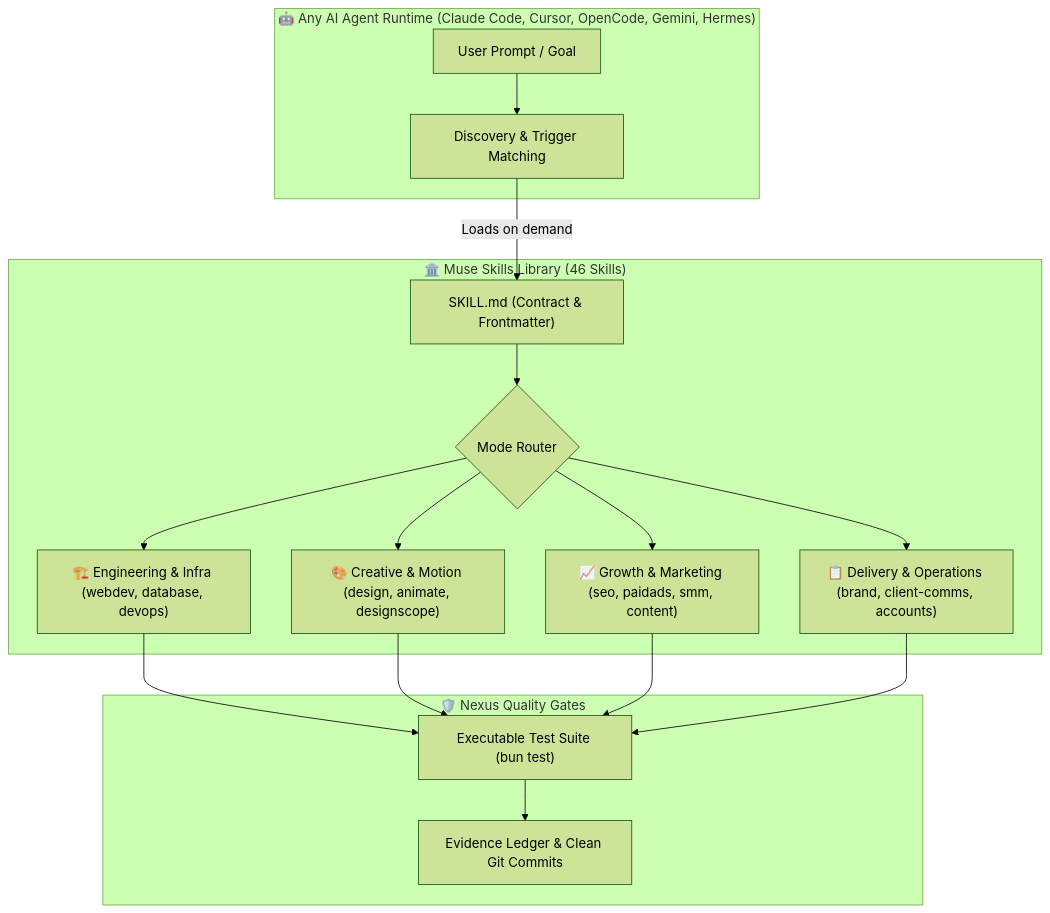
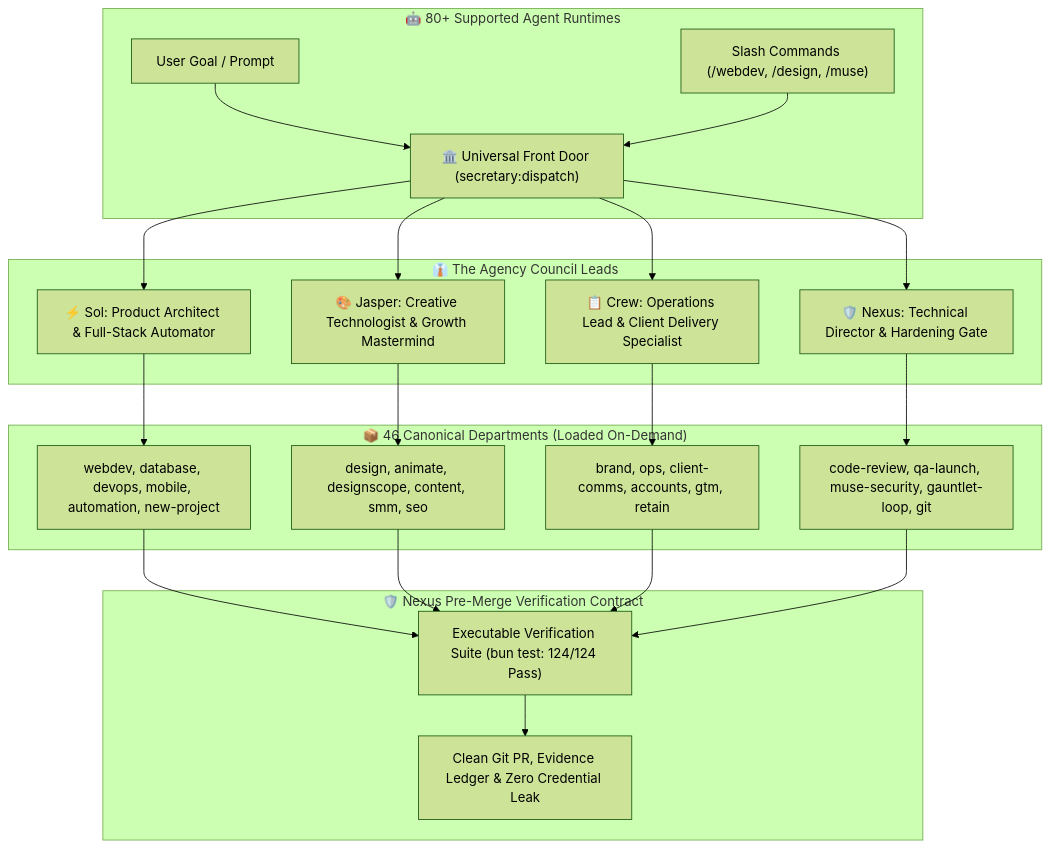
One commit to harshsinghmp/muse-skills changed the diagram in README.md. Above: the diagram before and after it, drawn with Mermaid (forest theme). The commit also changed other lines of this file and 9 other files, not shown here.

````diff
--- a/README.md
+++ b/README.md
@@ -45,23 +52,29 @@
 ```mermaid
 flowchart TD
-    subgraph Agent Runtime ["🤖 Any AI Agent Runtime (Claude Code, Cursor, OpenCode, Gemini, Hermes)"]
-        UserPrompt["User Prompt / Goal"] --> IntentRouter["Discovery & Trigger Matching"]
+    subgraph Harness ["🤖 80+ Supported Agent Runtimes"]
+        UserPrompt["User Goal / Prompt"] --> Dispatcher["🏛️ Universal Front Door (secretary:dispatch)"]
+        SlashCmd["Slash Commands (/webdev, /design, /muse)"] --> Dispatcher
     end
 
-    subgraph Skill Layer ["🏛️ Muse Skills Library (46 Skills)"]
-        IntentRouter --> |Loads on demand| SkillMD["SKILL.md (Contract & Frontmatter)"]
-        SkillMD --> ModeRouter{"Mode Router"}
-        ModeRouter --> Engineering["🏗️ Engineering & Infra (webdev, database, devops)"]
-        ModeRouter --> Design["🎨 Creative & Motion (design, animate, designscope)"]
-        ModeRouter --> Growth["📈 Growth & Marketing (seo, paidads, smm, content)"]
-        ModeRouter --> Operations["📋 Delivery & Operations (brand, client-comms, accounts)"]
+    subgraph Council ["👔 The Agency Council Leads"]
+        Dispatcher --> Sol["⚡ Sol: Product Architect & Full-Stack Automator"]
+        Dispatcher --> Jasper["🎨 Jasper: Creative Technologist & Growth Mastermind"]
+        Dispatcher --> Crew["📋 Crew: Operations Lead & Client Delivery Specialist"]
+        Dispatcher --> NexusLead["🛡️ Nexus: Technical Director & Hardening Gate"]
     end
 
-    subgraph Quality Gates ["🛡️ Nexus Quality Gates"]
-        Engineering --> Verifier["Executable Test Suite (bun test)"]
-        Design --> Verifier
-        Growth --> Verifier
-        Operations --> Verifier
-        Verifier --> Evidence["Evidence Ledger & Clean Git Commits"]
+    subgraph SkillLayer ["📦 46 Canonical Departments (Loaded On-Demand)"]
+        Sol --> EngSkills["webdev, database, devops, mobile, automation, new-project"]
+        Jasper --> DesignSkills["design, animate, designscope, content, smm, seo"]
+        Crew --> OpsSkills["brand, ops, client-comms, accounts, gtm, retain"]
+        NexusLead --> QualitySkills["code-review, qa-launch, muse-security, gauntlet-loop, git"]
+    end
+
+    subgraph QualityGates ["🛡️ Nexus Pre-Merge Verification Contract"]
+        EngSkills --> Gate["Executable Verification Suite (bun test: 124/124 Pass)"]
+        DesignSkills --> Gate
+        OpsSkills --> Gate
+        QualitySkills --> Gate
+        Gate --> Output["Clean Git PR, Evidence Ledger & Zero Credential Leak"]
     end
 ```
````
